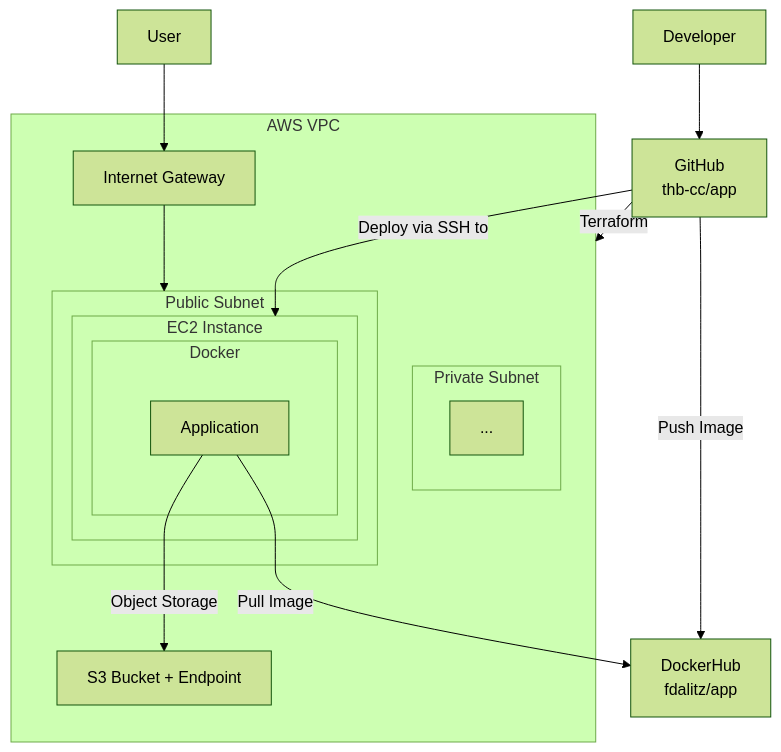
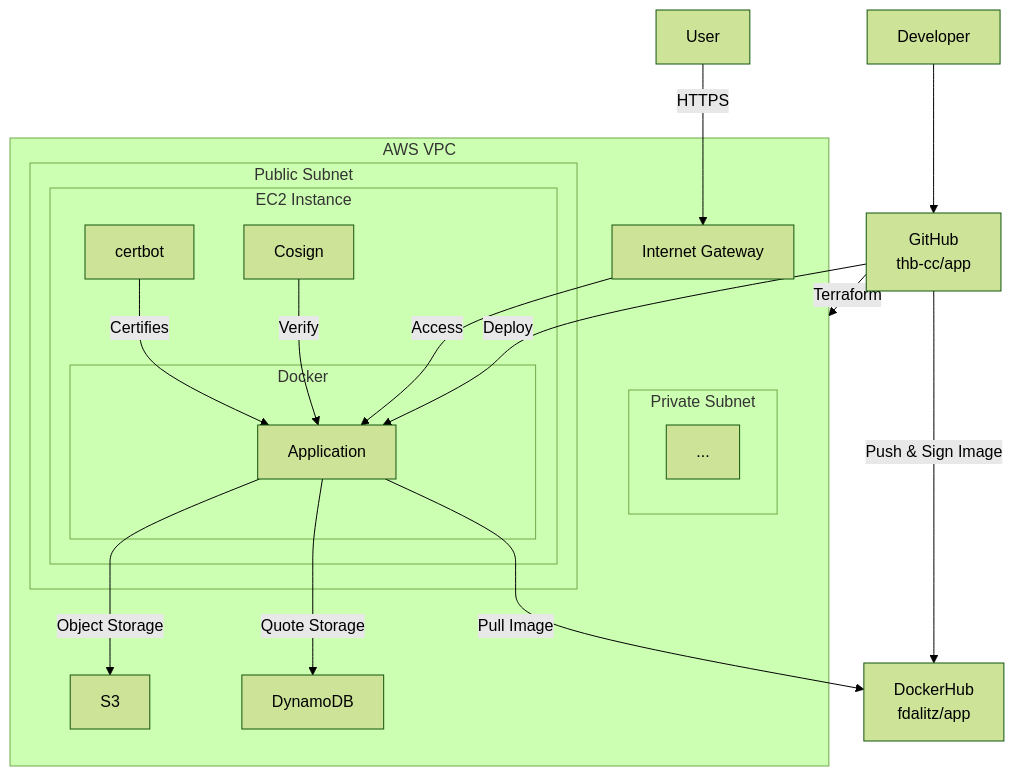
Before and after one commit to thb-cc/app: the diagram in website/docs/architecture.md, drawn with Mermaid (forest theme). The commit also changed other lines of this file and 3 other files, not shown here.

````diff
--- a/website/docs/architecture.md
+++ b/website/docs/architecture.md
@@ -9,31 +12,38 @@
 ```mermaid
 graph TD;
   repo["GitHub</br>thb-cc/app"]
 
   subgraph aws["AWS VPC"]
-    s3["S3 Bucket + Endpoint"]
+    s3["S3"]
+    dynamo["DynamoDB"]
     subgraph public["Public Subnet"]
       subgraph ec2["EC2 Instance"]
+        certbot
+        Cosign
         subgraph docker["Docker"]
           app["Application"]
         end
       end
     end
     subgraph private["Private Subnet"]
       null["..."]
     end
     igw["Internet Gateway"]
-    igw --> public
+    igw --Access--> app
   end
 
   dev["Developer"]
   user["User"]
 
-  repo --Push Image--> dhub["DockerHub</br>fdalitz/app"]
+  dev --> repo
+  user --HTTPS--> igw
+
+  repo --Push & Sign Image--> dhub["DockerHub</br>fdalitz/app"]
   repo --Terraform--> aws
-  repo --"Deploy via SSH to"--> ec2
+  repo --Deploy--> app
+  certbot --Certifies--> app
+  Cosign --Verify--> app
+  app --Object Storage--> s3
+  app --Quote Storage--> dynamo
   app --Pull Image--> dhub
-  app --Object Storage--> s3
-  user --> igw
-  dev --> repo
 ```
````
